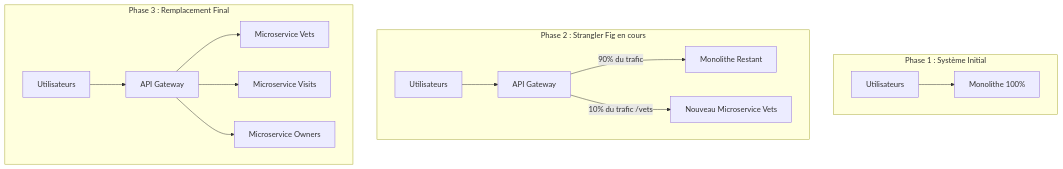
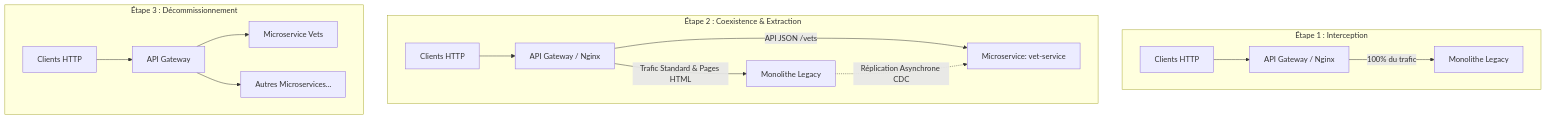
One commit to abdochiguer/Monolith-to-Microservices-Migration changed the second of 6 diagrams in README.md. Above: the diagram before and after it, drawn with Mermaid. The commit also changed other lines of this file and 1 other file, not shown here.

````diff
--- a/README.md
+++ b/README.md
@@ -60,19 +62,20 @@
 ```mermaid
 flowchart TD
-    subgraph Phase 1 : Système Initial
-        U1[Utilisateurs] --> Mono1[Monolithe 100%]
+    subgraph Étape 1 : Interception
+        Client1[Clients HTTP] --> Proxy[API Gateway / Nginx]
+        Proxy -->|100% du trafic| Mono1[Monolithe Legacy]
     end
 
-    subgraph Phase 2 : Strangler Fig en cours
-        U2[Utilisateurs] --> GW[API Gateway]
-        GW -->|90% du trafic| Mono2[Monolithe Restant]
-        GW -->|10% du trafic /vets| MS1[Nouveau Microservice Vets]
+    subgraph Étape 2 : Coexistence & Extraction
+        Client2[Clients HTTP] --> Proxy2[API Gateway / Nginx]
+        Proxy2 -->|Trafic Standard & Pages HTML| Mono2[Monolithe Legacy]
+        Proxy2 -->|API JSON /vets| MS[Microservice: vet-service]
+        Mono2 -.->|Réplication Asynchrone CDC| MS
     end
 
-    subgraph Phase 3 : Remplacement Final
-        U3[Utilisateurs] --> GW2[API Gateway]
-        GW2 --> MS1_Final[Microservice Vets]
-        GW2 --> MS2[Microservice Visits]
-        GW2 --> MS3[Microservice Owners]
+    subgraph Étape 3 : Décommissionnement
+        Client3[Clients HTTP] --> Proxy3[API Gateway]
+        Proxy3 --> MS_Vets[Microservice Vets]
+        Proxy3 --> MS_Others[Autres Microservices...]
     end
 ```
````
